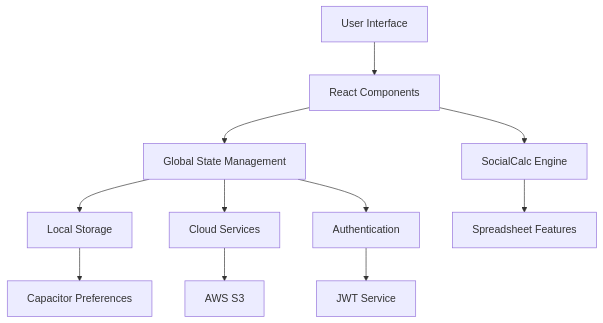
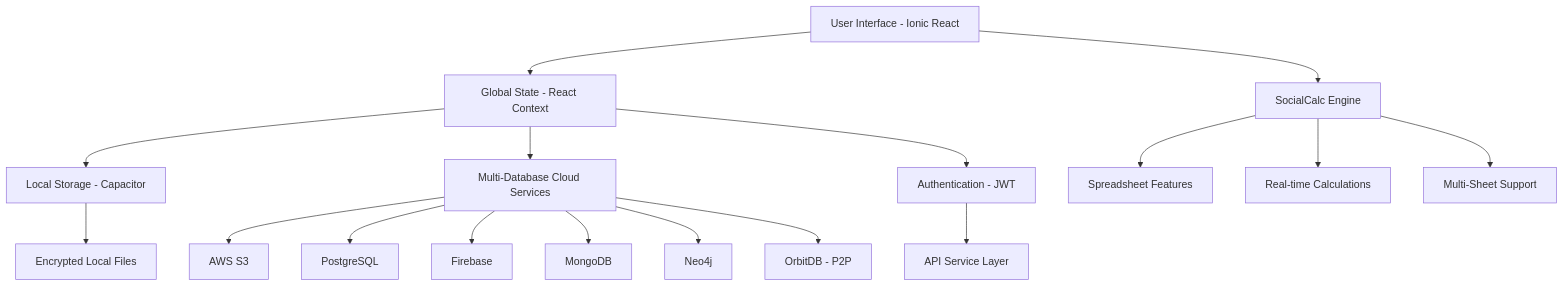
The diagram in README.md (DhruvArvindSingh/Govt-billing-solution-MVP), drawn with Mermaid before and after one commit. The commit also changed other lines of this file and 10 other files, not shown here.

````diff
--- a/README.md
+++ b/README.md
@@ -215,15 +283,21 @@
 ```mermaid
 graph TB
-    A[User Interface] --> B[React Components]
-    B --> C[Global State Management]
-    C --> D[Local Storage]
-    C --> E[Cloud Services]
-    C --> F[Authentication]
+    A[User Interface - Ionic React] --> B[Global State - React Context]
+    B --> C[Local Storage - Capacitor]
+    B --> D[Multi-Database Cloud Services]
+    B --> E[Authentication - JWT]
     
-    D --> G[Capacitor Preferences]
-    E --> H[AWS S3]
-    F --> J[JWT Service]
+    C --> F[Encrypted Local Files]
+    D --> G[AWS S3]
+    D --> H[PostgreSQL]
+    D --> I[Firebase]
+    D --> J[MongoDB]
+    D --> K[Neo4j]
+    D --> L[OrbitDB - P2P]
+    E --> M[API Service Layer]
     
-    B --> K[SocialCalc Engine]
-    K --> L[Spreadsheet Features]
+    A --> N[SocialCalc Engine]
+    N --> O[Spreadsheet Features]
+    N --> P[Real-time Calculations]
+    N --> Q[Multi-Sheet Support]
 ```
````
